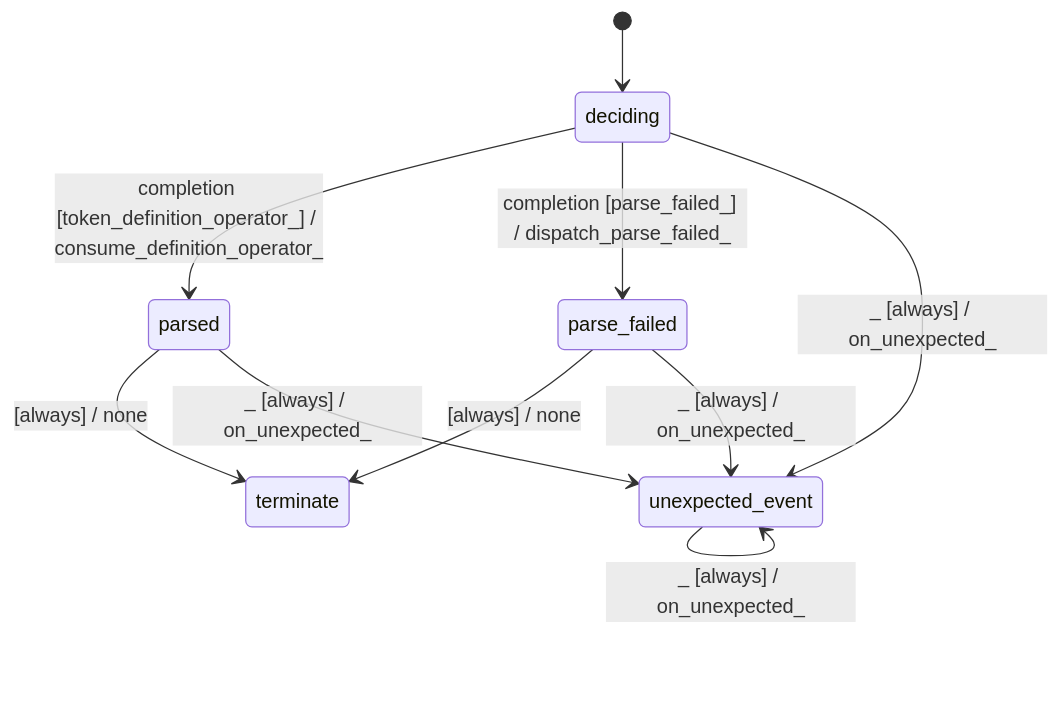
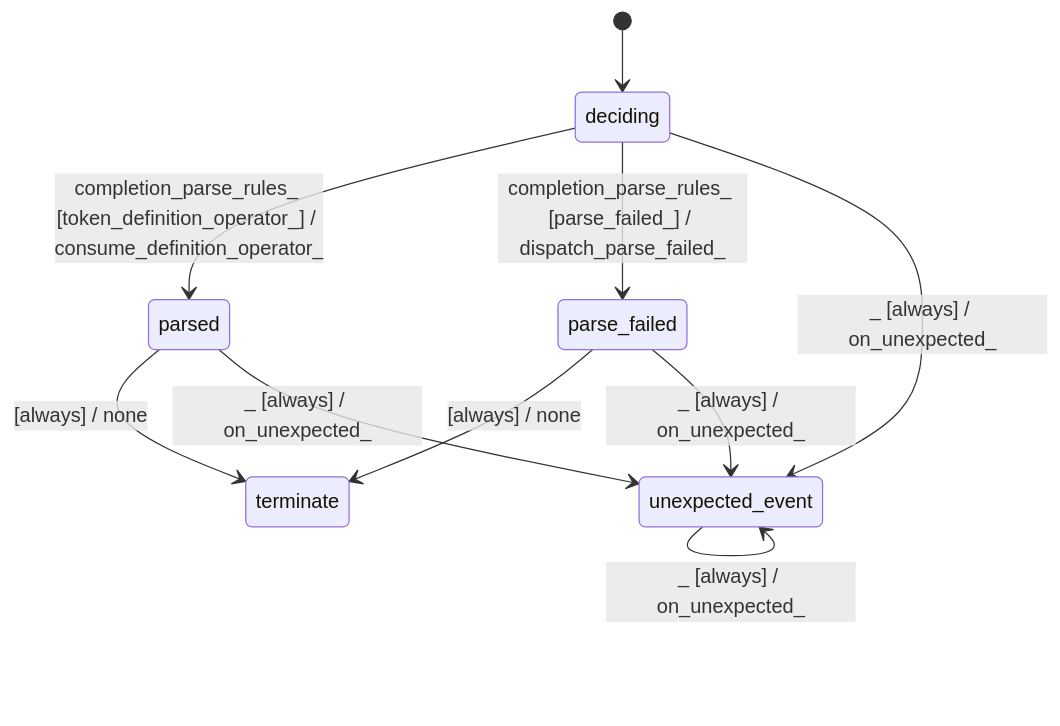
One commit to stateforward/emel.cpp changed the diagram in docs/architecture/gbnf_rule_parser_definition_parser.md. Above: the diagram before and after it, drawn with Mermaid. The commit also changed other lines of this file and 56 other files, not shown here.

Commit message:
docsgen: render typed completion events in generated diagrams

````diff
--- a/docs/architecture/gbnf_rule_parser_definition_parser.md
+++ b/docs/architecture/gbnf_rule_parser_definition_parser.md
@@ -7,13 +7,13 @@
 ```mermaid
 stateDiagram-v2
   direction TB
   [*] --> deciding
-  deciding --> parsed : completion [token_definition_operator_] / consume_definition_operator_
-  deciding --> parse_failed : completion [parse_failed_] / dispatch_parse_failed_
+  deciding --> parsed : completion_parse_rules_ [token_definition_operator_] / consume_definition_operator_
+  deciding --> parse_failed : completion_parse_rules_ [parse_failed_] / dispatch_parse_failed_
   parsed --> terminate : [always] / none
   parse_failed --> terminate : [always] / none
   deciding --> unexpected_event : _ [always] / on_unexpected_
   parsed --> unexpected_event : _ [always] / on_unexpected_
   parse_failed --> unexpected_event : _ [always] / on_unexpected_
   unexpected_event --> unexpected_event : _ [always] / on_unexpected_
 ```
````
